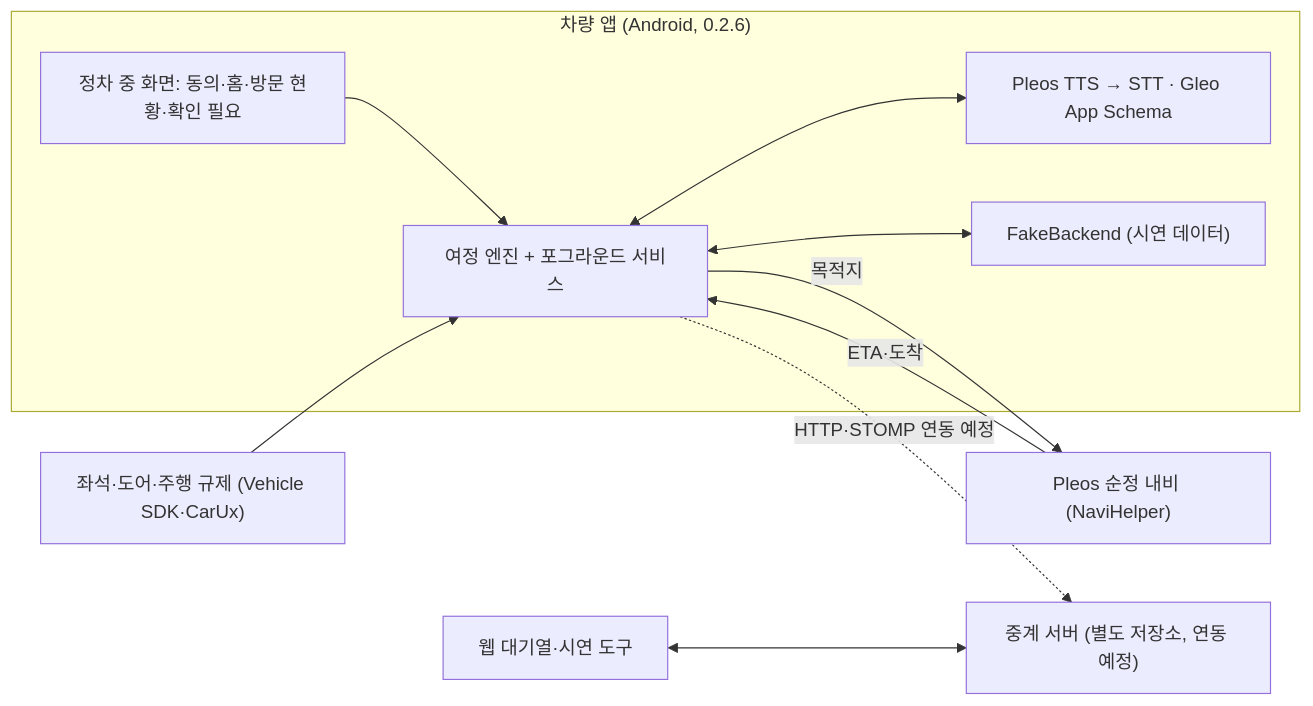
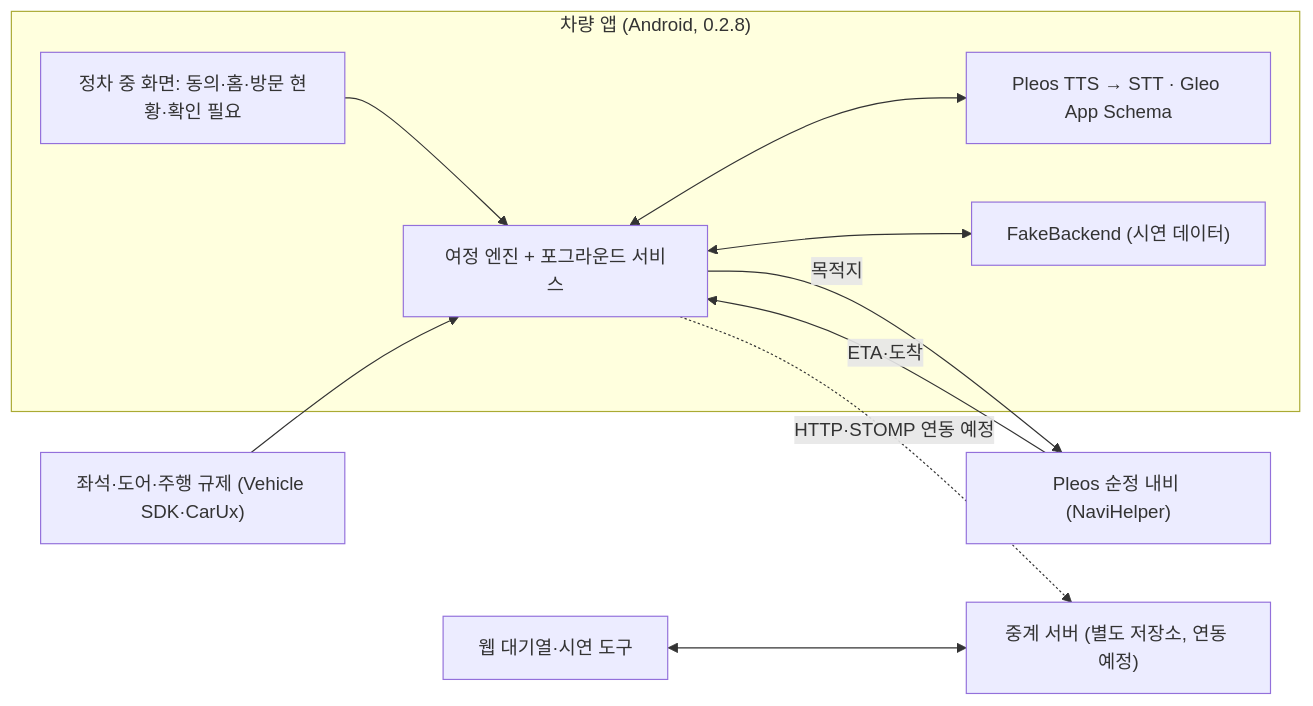
The diagram in README.md (smartjourney-pleos/smart-journey-main), drawn with Mermaid before and after one commit. The commit also changed other lines of this file and 6 other files, not shown here.

````diff
--- a/README.md
+++ b/README.md
@@ -139,19 +148,19 @@
 ```mermaid
 flowchart LR
-  subgraph CAR["차량 앱 (Android, 0.2.6)"]
+  subgraph CAR["차량 앱 (Android, 0.2.8)"]
     UI["정차 중 화면: 동의·홈·방문 현황·확인 필요"]
     ENGINE["여정 엔진 + 포그라운드 서비스"]
     VOICE["Pleos TTS → STT · Gleo App Schema"]
     FAKE["FakeBackend (시연 데이터)"]
     UI --> ENGINE
     ENGINE <--> VOICE
     ENGINE <--> FAKE
   end
   NAVI["Pleos 순정 내비 (NaviHelper)"] -->|"ETA·도착"| ENGINE
   ENGINE -->|"목적지"| NAVI
   VEH["좌석·도어·주행 규제 (Vehicle SDK·CarUx)"] --> ENGINE
   SERVER["중계 서버 (별도 저장소, 연동 예정)"]
   WEB["웹 대기열·시연 도구"]
   ENGINE -. "HTTP·STOMP 연동 예정" .-> SERVER
   WEB <--> SERVER
 ```
````
